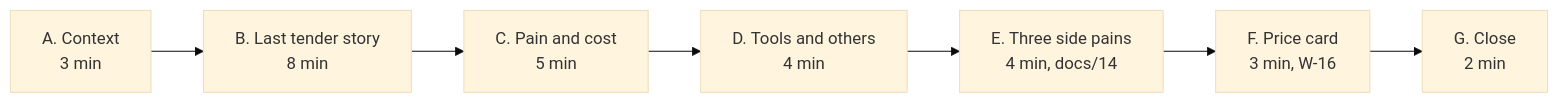
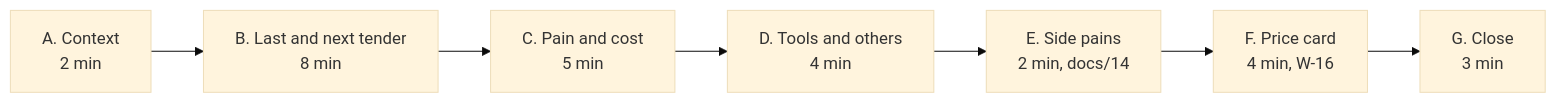
The second of 4 diagrams in docs/15-interview-kit.md (AhmedAssaf/ERP), drawn with Mermaid (base theme) before and after one commit. The commit also changed other lines of this file and 4 other files, not shown here.

````diff
--- a/docs/15-interview-kit.md
+++ b/docs/15-interview-kit.md
@@ -86,9 +142,9 @@
 ```mermaid
 flowchart LR
-    A["A. Context<br/>3 min"] --> B["B. Last tender story<br/>8 min"]
+    A["A. Context<br/>2 min"] --> B["B. Last and next tender<br/>8 min"]
     B --> C["C. Pain and cost<br/>5 min"]
     C --> D["D. Tools and others<br/>4 min"]
-    D --> E["E. Three side pains<br/>4 min, docs/14"]
-    E --> F["F. Price card<br/>3 min, W-16"]
-    F --> G["G. Close<br/>2 min"]
+    D --> E["E. Side pains<br/>2 min, docs/14"]
+    E --> F["F. Price card<br/>4 min, W-16"]
+    F --> G["G. Close<br/>3 min"]
 ```
````
